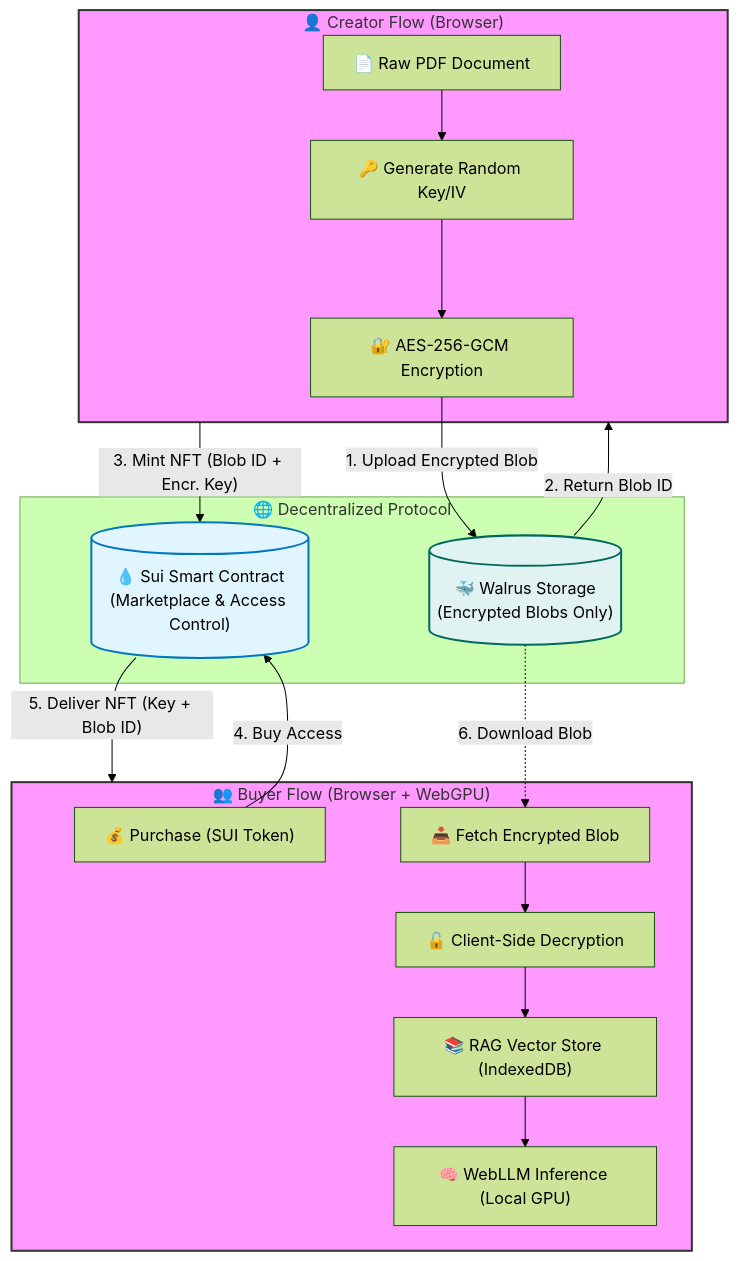
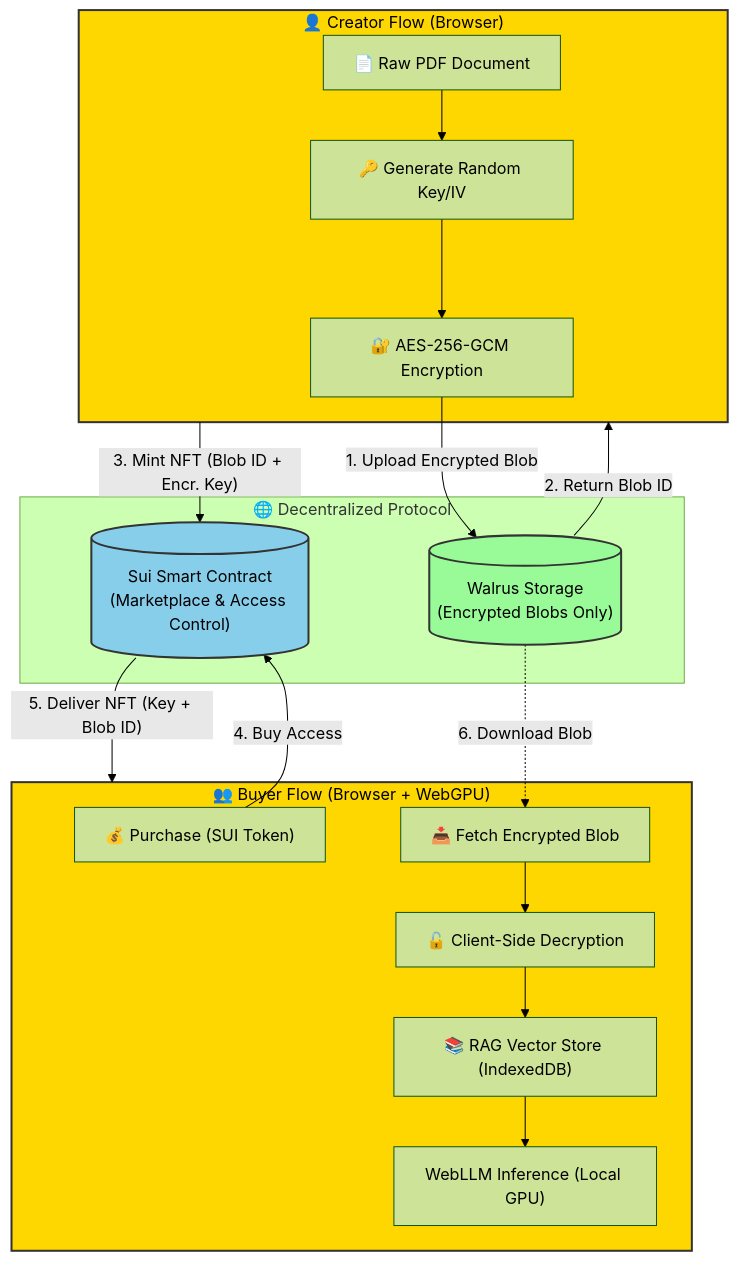
The diagram in README.md (soumyacodes007/Ghost_context_1), drawn with Mermaid (forest theme) before and after one commit.

````diff
--- a/README.md
+++ b/README.md
@@ -234,49 +234,49 @@
 ```mermaid
 flowchart TD
     %% Styling
-    classDef browser fill:#f9f,stroke:#333,stroke-width:2px;
-    classDef chain fill:#e1f5fe,stroke:#0277bd,stroke-width:2px;
-    classDef storage fill:#e0f2f1,stroke:#00695c,stroke-width:2px;
+    classDef browser fill:#FFD700,stroke:#333,stroke-width:2px,color:#000;
+    classDef chain fill:#87CEEB,stroke:#333,stroke-width:2px,color:#000;
+    classDef storage fill:#98FB98,stroke:#333,stroke-width:2px,color:#000;
 
     subgraph Creator ["👤 Creator Flow (Browser)"]
         Raw["📄 Raw PDF Document"]
         Encrypt["🔐 AES-256-GCM Encryption"]
         KeyGen["🔑 Generate Random Key/IV"]
         
         Raw --> KeyGen
         KeyGen --> Encrypt
     end
 
     subgraph Infrastructure ["🌐 Decentralized Protocol"]
-        Walrus[("🐳 Walrus Storage\n(Encrypted Blobs Only)")]
-        Sui[("💧 Sui Smart Contract\n(Marketplace & Access Control)")]
+        Walrus[(" Walrus Storage\n(Encrypted Blobs Only)")]
+        Sui[("Sui Smart Contract\n(Marketplace & Access Control)")]
     end
 
     subgraph Consumer ["👥 Buyer Flow (Browser + WebGPU)"]
         Pay["💰 Purchase (SUI Token)"]
         Fetch["📥 Fetch Encrypted Blob"]
         Decrypt["🔓 Client-Side Decryption"]
         Vector["📚 RAG Vector Store (IndexedDB)"]
-        Inference["🧠 WebLLM Inference (Local GPU)"]
+        Inference[" WebLLM Inference (Local GPU)"]
     end
 
     %% Connections - Upload Flow
     Encrypt -- "1. Upload Encrypted Blob" --> Walrus
     Walrus -- "2. Return Blob ID" --> Creator
     Creator -- "3. Mint NFT (Blob ID + Encr. Key)" --> Sui
 
     %% Connections - Purchase Flow
     Pay -- "4. Buy Access" --> Sui
     Sui -- "5. Deliver NFT (Key + Blob ID)" --> Consumer
     
     %% Connections - Usage Flow
     Walrus -.->|"6. Download Blob"| Fetch
     Fetch --> Decrypt
     Decrypt --> Vector
     Vector --> Inference
 
     %% Apply Styles
     class Creator,Consumer browser;
     class Sui chain;
     class Walrus storage;
 ```
````
